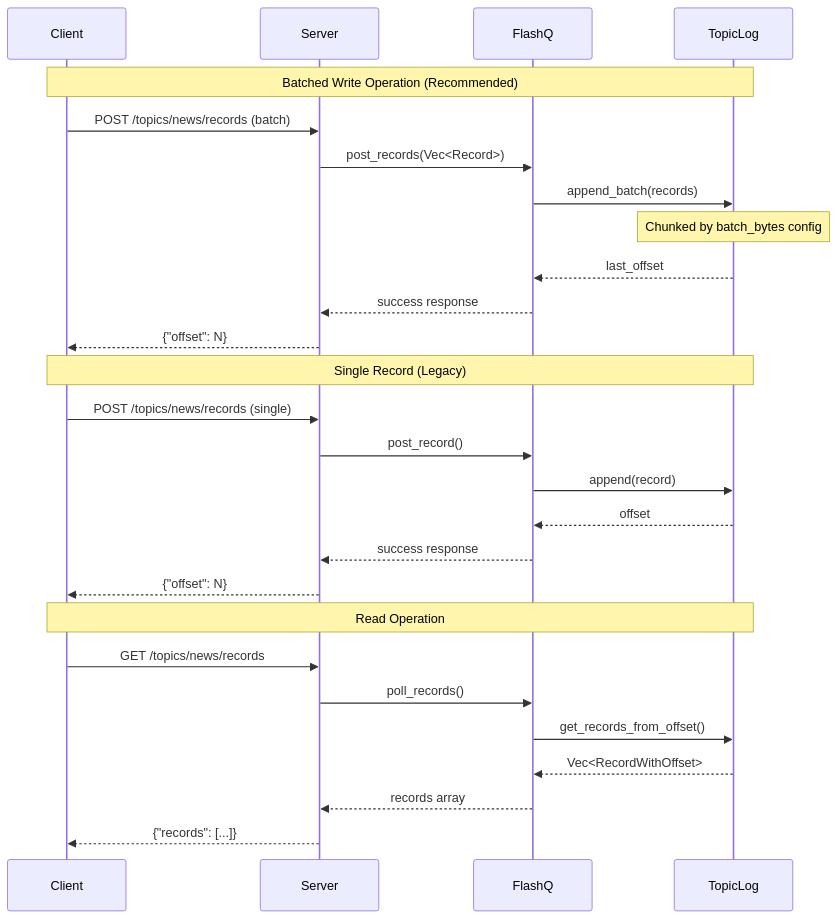
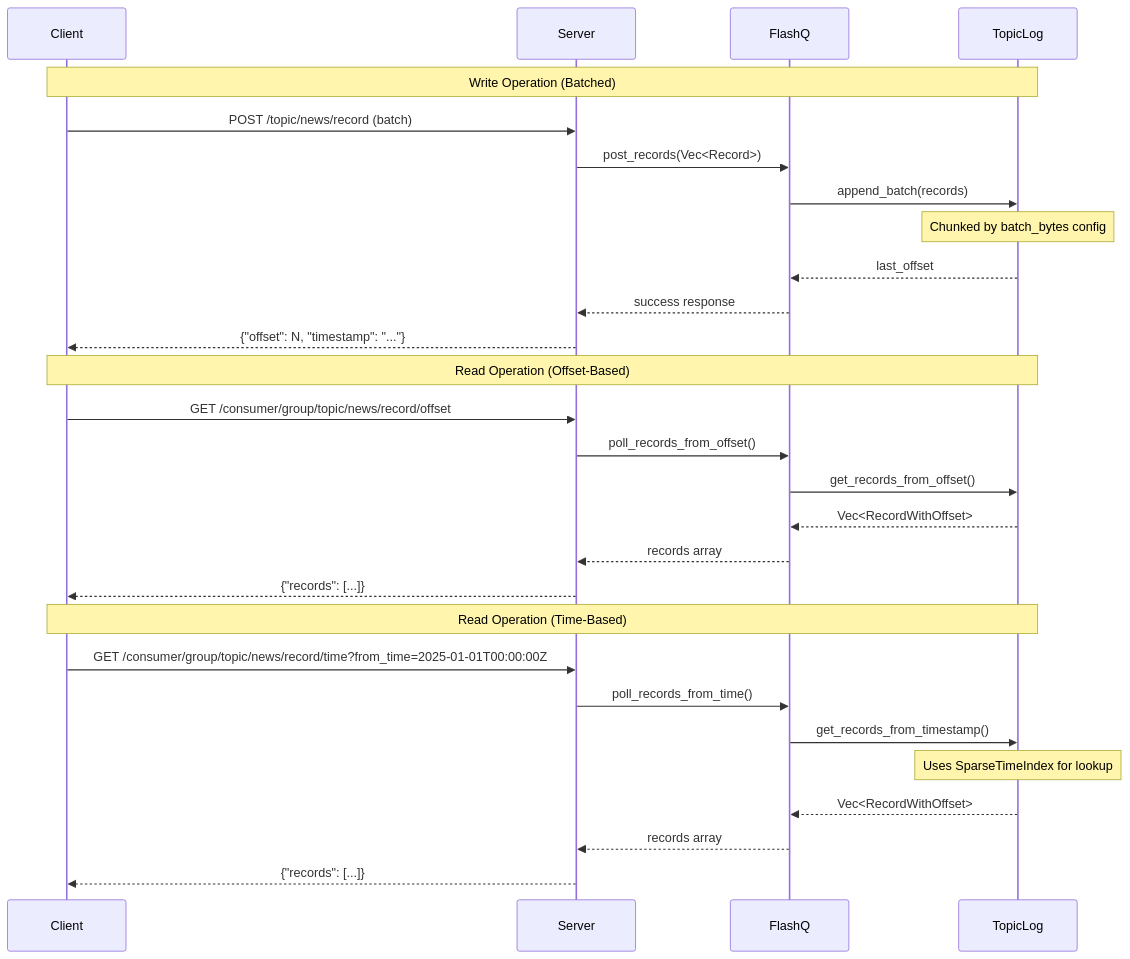
The second of 2 diagrams in docs/architecture.md (harshitmahapatra/flashq), drawn with Mermaid before and after one commit. The commit also changed other lines of this file and 39 other files, not shown here.

First line of the commit message:
Add time-based polling for Kafka-compatible message querying (#60)

````diff
--- a/docs/architecture.md
+++ b/docs/architecture.md
@@ -68,32 +71,33 @@
 ```mermaid
 sequenceDiagram
     participant C as Client
     participant S as Server  
     participant Q as FlashQ
     participant T as TopicLog
     
-    Note over C,T: Batched Write Operation (Recommended)
-    C->>S: POST /topics/news/records (batch)
+    Note over C,T: Write Operation (Batched)
+    C->>S: POST /topic/news/record (batch)
     S->>Q: post_records(Vec<Record>)
     Q->>T: append_batch(records)
     Note over T: Chunked by batch_bytes config
     T-->>Q: last_offset
     Q-->>S: success response
-    S-->>C: {"offset": N}
+    S-->>C: {"offset": N, "timestamp": "..."}
     
-    Note over C,T: Single Record (Legacy)
-    C->>S: POST /topics/news/records (single)
-    S->>Q: post_record()
-    Q->>T: append(record)
-    T-->>Q: offset
-    Q-->>S: success response
-    S-->>C: {"offset": N}
-    
-    Note over C,T: Read Operation
-    C->>S: GET /topics/news/records
-    S->>Q: poll_records()  
+    Note over C,T: Read Operation (Offset-Based)
+    C->>S: GET /consumer/group/topic/news/record/offset
+    S->>Q: poll_records_from_offset()  
     Q->>T: get_records_from_offset()
     T-->>Q: Vec<RecordWithOffset>
     Q-->>S: records array
     S-->>C: {"records": [...]}
+    
+    Note over C,T: Read Operation (Time-Based)
+    C->>S: GET /consumer/group/topic/news/record/time?from_time=2025-01-01T00:00:00Z
+    S->>Q: poll_records_from_time()
+    Q->>T: get_records_from_timestamp()
+    Note over T: Uses SparseTimeIndex for lookup
+    T-->>Q: Vec<RecordWithOffset>
+    Q-->>S: records array
+    S-->>C: {"records": [...]}
 ```
````
